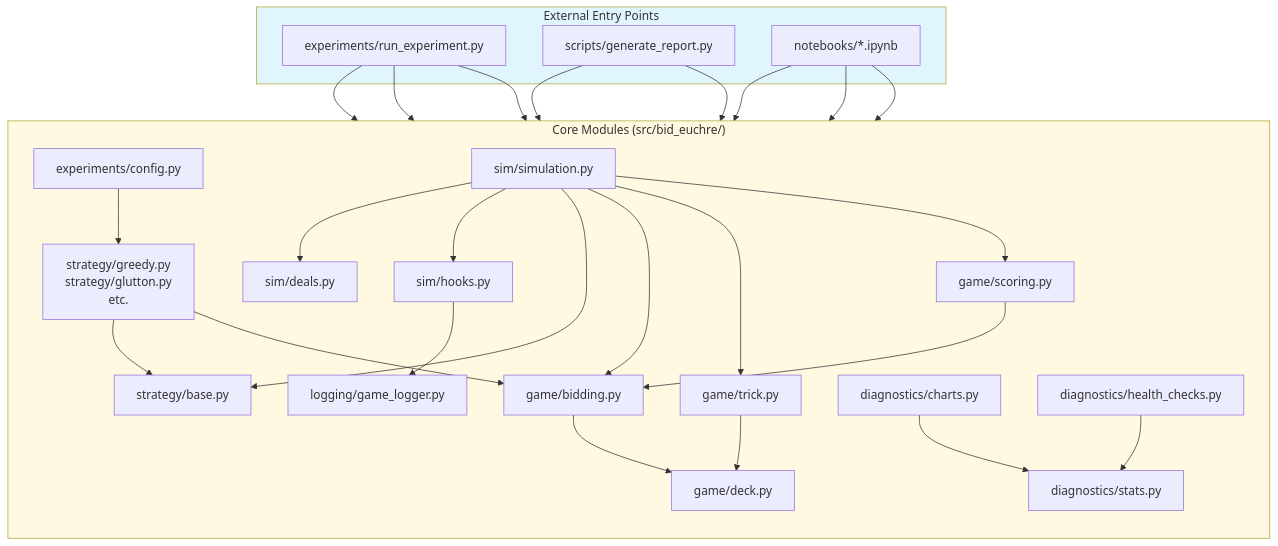
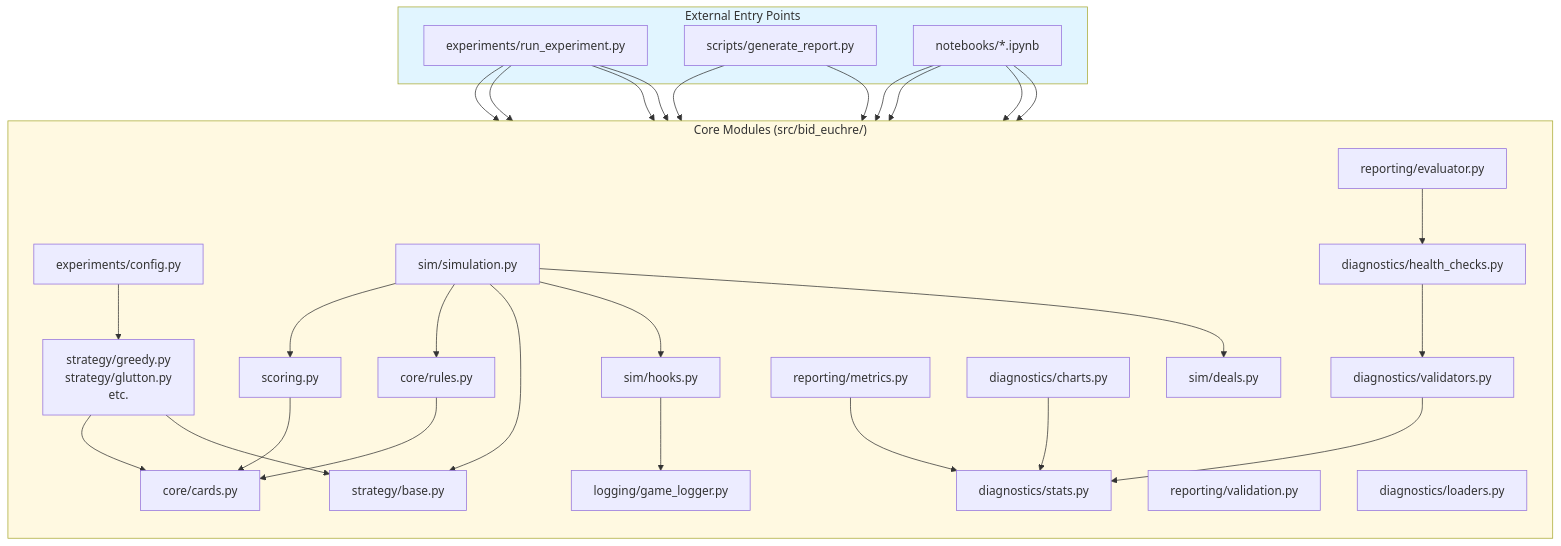
The fourth of 8 diagrams in docs/FLOW_DIAGRAM.md (Questuart/Bid-Euchre), drawn with Mermaid before and after one commit. The commit also changed other lines of this file, not shown here.

First line of the commit message:
docs: align FLOW_DIAGRAM with current execution + artifacts

````diff
--- a/docs/FLOW_DIAGRAM.md
+++ b/docs/FLOW_DIAGRAM.md
@@ -193,67 +224,76 @@
 ```mermaid
 flowchart TD
     subgraph External["External Entry Points"]
         RunExp["experiments/run_experiment.py"]
         GenReport["scripts/generate_report.py"]
         Notebooks["notebooks/*.ipynb"]
     end
 
     subgraph Core["Core Modules (src/bid_euchre/)"]
         direction TB
 
         ExpConfig["experiments/config.py"]
 
         SimDeals["sim/deals.py"]
         SimEngine["sim/simulation.py"]
         SimHooks["sim/hooks.py"]
 
-        GameBidding["game/bidding.py"]
-        GameTrick["game/trick.py"]
-        GameScoring["game/scoring.py"]
-        GameDeck["game/deck.py"]
+        CoreCards["core/cards.py"]
+        CoreRules["core/rules.py"]
+        Scoring["scoring.py"]
 
         StratBase["strategy/base.py"]
         StratImpl["strategy/greedy.py<br/>strategy/glutton.py<br/>etc."]
 
         Logger["logging/game_logger.py"]
 
+        RepEvaluator["reporting/evaluator.py"]
+        RepMetrics["reporting/metrics.py"]
+        RepValidation["reporting/validation.py"]
+
+        DiagLoaders["diagnostics/loaders.py"]
         DiagCharts["diagnostics/charts.py"]
         DiagStats["diagnostics/stats.py"]
         DiagHealth["diagnostics/health_checks.py"]
+        DiagValidators["diagnostics/validators.py"]
     end
 
     RunExp --> ExpConfig
     RunExp --> SimEngine
     RunExp --> Logger
+    RunExp --> RepEvaluator
 
     ExpConfig --> StratImpl
 
     SimEngine --> SimDeals
     SimEngine --> SimHooks
     SimEngine --> StratBase
-    SimEngine --> GameBidding
-    SimEngine --> GameTrick
-    SimEngine --> GameScoring
+    SimEngine --> CoreRules
+    SimEngine --> Scoring
 
-    GameBidding --> GameDeck
-    GameTrick --> GameDeck
-    GameScoring --> GameBidding
+    CoreRules --> CoreCards
+    Scoring --> CoreCards
 
     StratImpl --> StratBase
-    StratImpl --> GameBidding
+    StratImpl --> CoreCards
 
     SimHooks --> Logger
 
-    GenReport --> DiagCharts
-    GenReport --> DiagStats
+    GenReport --> RepEvaluator
+    GenReport --> RepMetrics
+
+    RepEvaluator --> DiagHealth
+    RepMetrics --> DiagStats
 
     Notebooks --> DiagCharts
     Notebooks --> DiagStats
     Notebooks --> DiagHealth
+    Notebooks --> DiagLoaders
 
     DiagCharts --> DiagStats
-    DiagHealth --> DiagStats
+    DiagHealth --> DiagValidators
+    DiagValidators --> DiagStats
 
     style External fill:#e1f5ff
     style Core fill:#fff9e1
 ```
````
